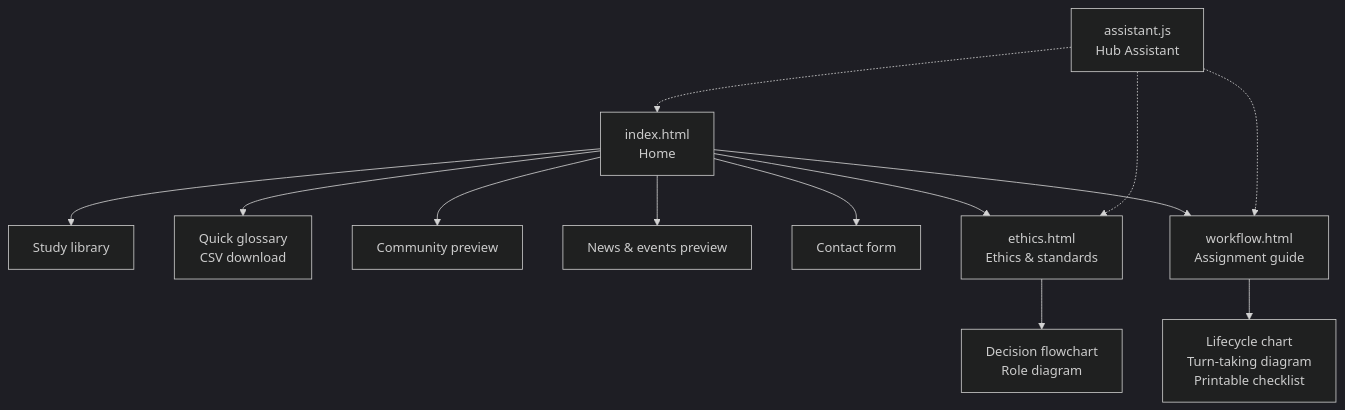
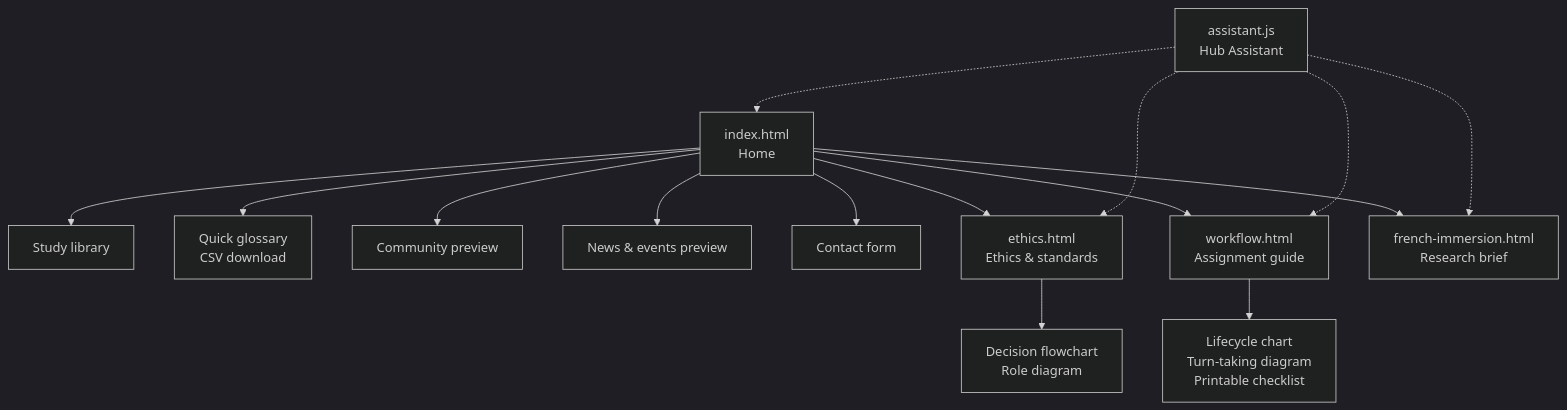
Before and after one commit to wbp318/LA-Interpreter-Hub-Website-fork: the first of 3 diagrams in README.md, drawn with Mermaid (dark theme). The commit also changed other lines of this file and 6 other files, not shown here.

Commit message:
Add French immersion research brief with Mermaid charts, nav link, assistant topic

````diff
--- a/README.md
+++ b/README.md
@@ -22,15 +23,17 @@
 ```mermaid
 flowchart TD
 H["index.html<br/>Home"] --> L["Study library"]
 H --> G["Quick glossary<br/>CSV download"]
 H --> C["Community preview"]
 H --> E["News & events preview"]
 H --> F["Contact form"]
 H --> ET["ethics.html<br/>Ethics & standards"]
 H --> W["workflow.html<br/>Assignment guide"]
+H --> FI["french-immersion.html<br/>Research brief"]
 ET --> M1["Decision flowchart<br/>Role diagram"]
 W --> M2["Lifecycle chart<br/>Turn-taking diagram<br/>Printable checklist"]
 A["assistant.js<br/>Hub Assistant"] -.-> H
 A -.-> ET
 A -.-> W
+A -.-> FI
 ```
````
